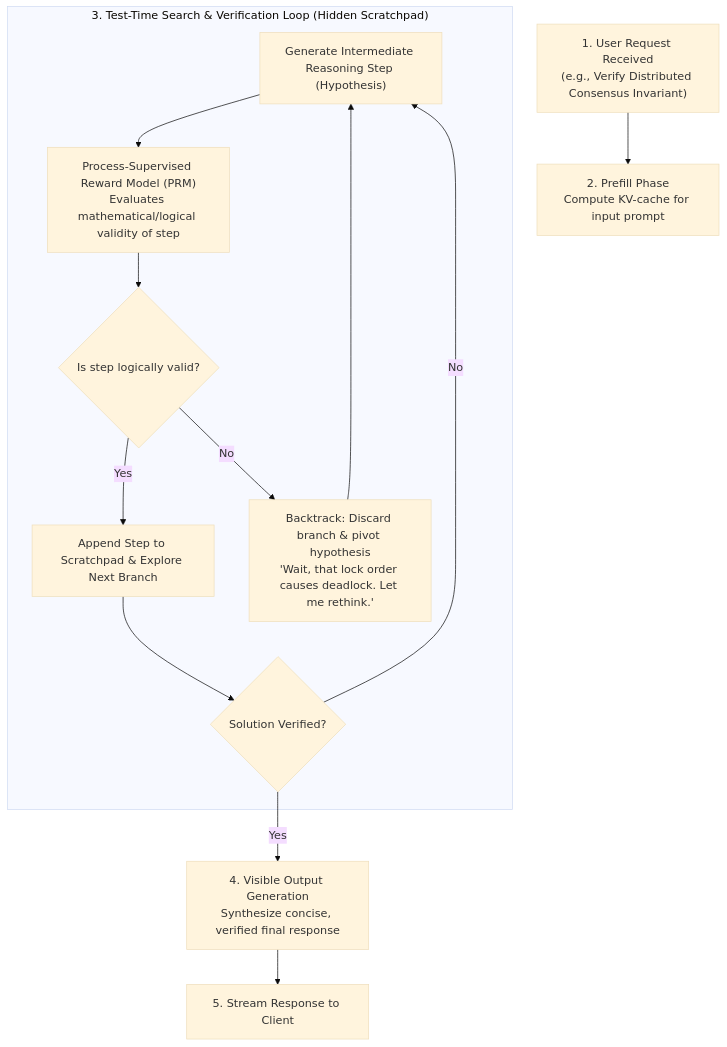
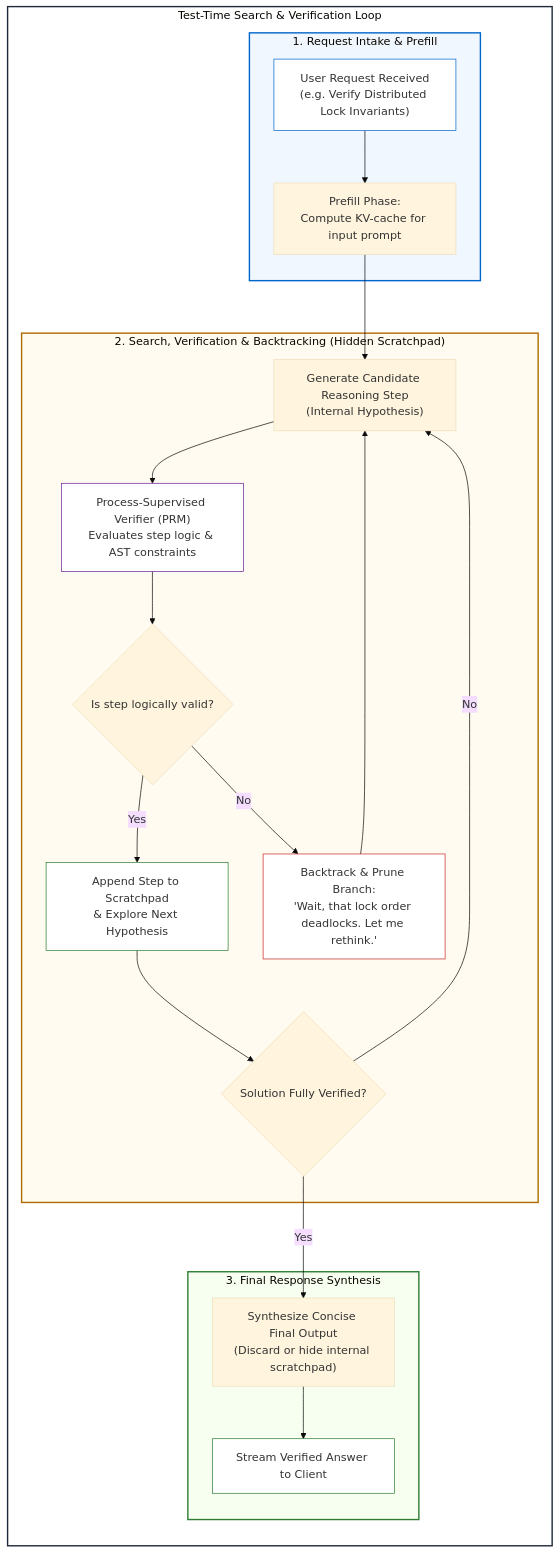
Before and after one commit to dip4k/senior-engineer-to-ai-engineer-roadmap: the first of 3 diagrams in 00-foundations-and-token-mechanics/04-test-time-compute-and-reasoning-models.md, drawn with Mermaid (base theme). The commit also changed other lines of this file and 6 other files, not shown here.

````diff
--- a/00-foundations-and-token-mechanics/04-test-time-compute-and-reasoning-models.md
+++ b/00-foundations-and-token-mechanics/04-test-time-compute-and-reasoning-models.md
@@ -77,17 +72,49 @@
 ```mermaid
 flowchart TD
-    Prompt["1. User Request Received\n(e.g., Verify Distributed Consensus Invariant)"] --> PreFill["2. Prefill Phase\nCompute KV-cache for input prompt"]
-    
-    subgraph TestTimeLoop["3. Test-Time Search & Verification Loop (Hidden Scratchpad)"]
-        CoT["Generate Intermediate Reasoning Step (Hypothesis)"] --> Score["Process-Supervised Reward Model (PRM)\nEvaluates mathematical/logical validity of step"]
-        Score --> Valid{"Is step logically valid?"}
-        Valid -- "Yes" --> NextStep["Append Step to Scratchpad & Explore Next Branch"]
-        Valid -- "No" --> Backtrack["Backtrack: Discard branch & pivot hypothesis\n'Wait, that lock order causes deadlock. Let me rethink.'"]
-        NextStep --> CheckDone{"Solution Verified?"}
-        CheckDone -- "No" --> CoT
-        Backtrack --> CoT
+    subgraph TEST_TIME["Test-Time Search & Verification Loop"]
+        direction TB
+
+        subgraph INTAKE["1. Request Intake & Prefill"]
+            Prompt["User Request Received<br>(e.g. Verify Distributed Lock Invariants)"]
+            PreFill["Prefill Phase:<br>Compute KV-cache for input prompt"]
+            Prompt --> PreFill
+        end
+
+        subgraph SEARCH_LOOP["2. Search, Verification & Backtracking (Hidden Scratchpad)"]
+            CoT["Generate Candidate Reasoning Step<br>(Internal Hypothesis)"]
+            PRM["Process-Supervised Verifier (PRM)<br>Evaluates step logic & AST constraints"]
+            Valid{"Is step logically valid?"}
+            NextStep["Append Step to Scratchpad<br>& Explore Next Hypothesis"]
+            Backtrack["Backtrack & Prune Branch:<br>'Wait, that lock order deadlocks. Let me rethink.'"]
+            CheckDone{"Solution Fully Verified?"}
+
+            PreFill --> CoT
+            CoT --> PRM
+            PRM --> Valid
+            Valid -- "Yes" --> NextStep
+            Valid -- "No" --> Backtrack
+            Backtrack --> CoT
+            NextStep --> CheckDone
+            CheckDone -- "No" --> CoT
+        end
+
+        subgraph SYNTHESIS["3. Final Response Synthesis"]
+            FinalDecode["Synthesize Concise Final Output<br>(Discard or hide internal scratchpad)"]
+            Response["Stream Verified Answer to Client"]
+
+            CheckDone -- "Yes" --> FinalDecode
+            FinalDecode --> Response
+        end
     end
-    
-    CheckDone -- "Yes" --> FinalDecode["4. Visible Output Generation\nSynthesize concise, verified final response"]
-    FinalDecode --> Response["5. Stream Response to Client"]
+
+    style TEST_TIME fill:#ffffff,stroke:#1e293b,stroke-width:2px
+    style INTAKE fill:#f0f7ff,stroke:#0066cc,stroke-width:2px
+    style SEARCH_LOOP fill:#fffbf0,stroke:#b26b00,stroke-width:2px
+    style SYNTHESIS fill:#f6fff0,stroke:#2e7d32,stroke-width:2px
+
+    style Prompt fill:#ffffff,stroke:#0066cc,stroke-width:1px
+    style PRM fill:#ffffff,stroke:#6a1b9a,stroke-width:1px
+    style Backtrack fill:#ffffff,stroke:#c62828,stroke-width:1px
+    style NextStep fill:#ffffff,stroke:#2e7d32,stroke-width:1px
+    style Response fill:#ffffff,stroke:#2e7d32,stroke-width:1px
 ```
````
